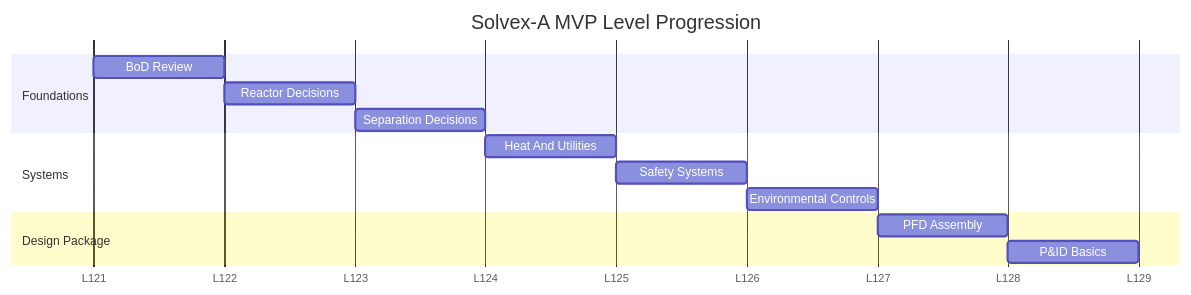
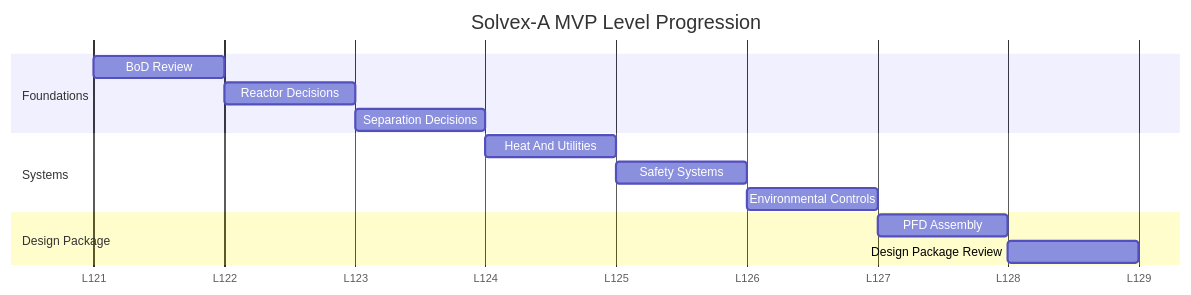
One commit to scds7xdxnd-bit/plant-ops-game changed the diagram in plant-ops-game-vault/03-production-plan/Level Structure and Difficulty Modes.md. Above: the diagram before and after it, drawn with Mermaid. The commit also changed other lines of this file and 28 other files, not shown here.

Commit message:
Add campaign loader and presentation features, update scenario data schema

````diff
--- a/plant-ops-game-vault/03-production-plan/Level Structure and Difficulty Modes.md
+++ b/plant-ops-game-vault/03-production-plan/Level Structure and Difficulty Modes.md
@@ -35,20 +35,20 @@
 ```mermaid
 gantt
   title Solvex-A MVP Level Progression
   dateFormat  YYYY-MM-DD
   axisFormat  L%j
 
   section Foundations
   BoD Review                 :l1, 2026-05-01, 1d
   Reactor Decisions          :l2, after l1, 1d
   Separation Decisions       :l3, after l2, 1d
 
   section Systems
   Heat And Utilities         :l4, after l3, 1d
   Safety Systems             :l5, after l4, 1d
   Environmental Controls     :l6, after l5, 1d
 
   section Design Package
   PFD Assembly               :l7, after l6, 1d
-  P&ID Basics                :l8, after l7, 1d
+  Design Package Review      :l8, after l7, 1d
 ```
````
